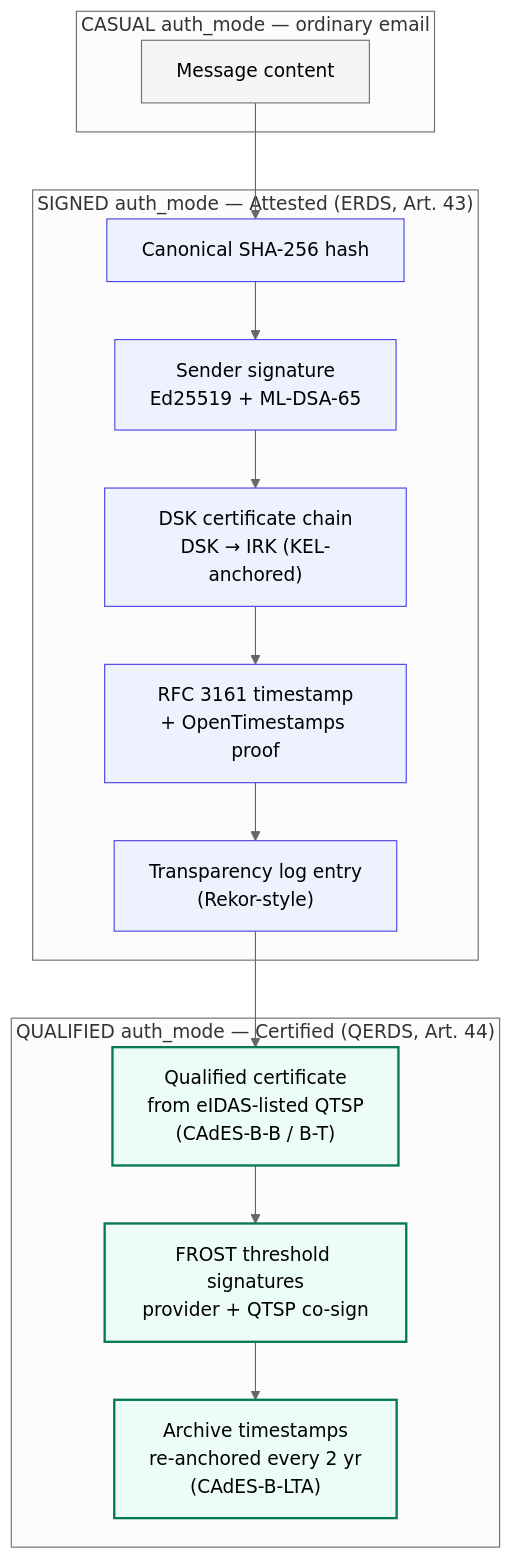
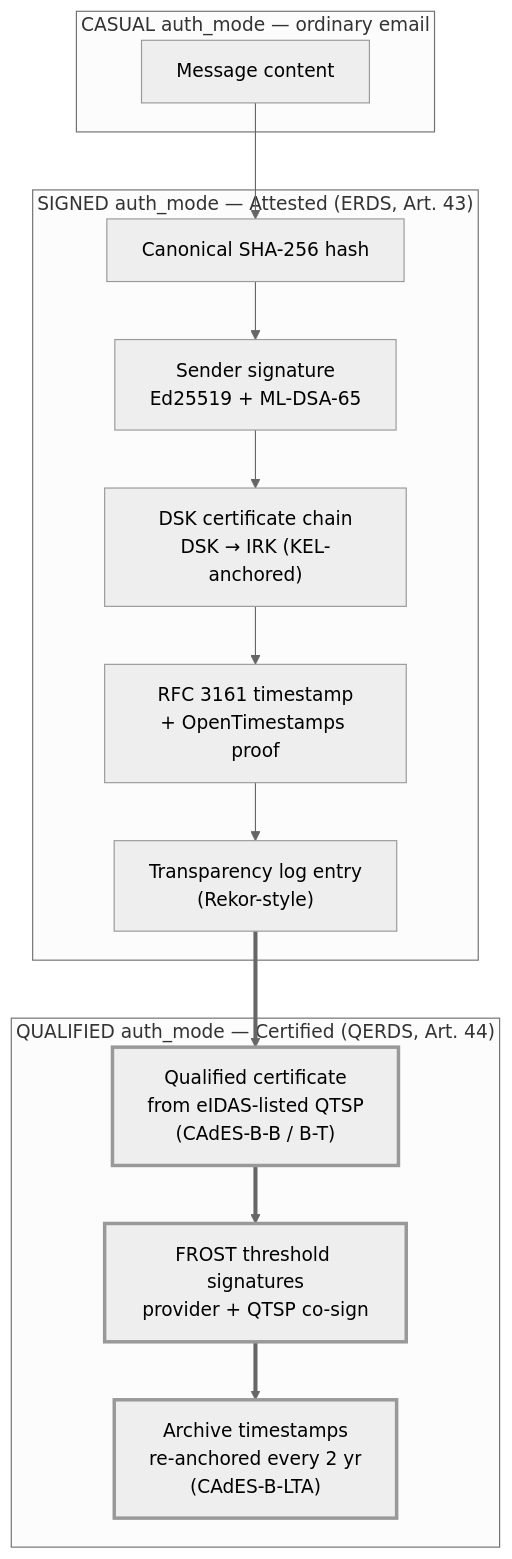
One commit to tamimbinhakim/marque changed the fourth of 5 diagrams in docs/architecture-overview.md. Above: the diagram before and after it, drawn with Mermaid (neutral theme). The commit also changed other lines of this file and 6 other files, not shown here.

````diff
--- a/docs/architecture-overview.md
+++ b/docs/architecture-overview.md
@@ -175,34 +161,30 @@
 ```mermaid
 flowchart TB
     subgraph CASUAL ["CASUAL auth_mode — ordinary email"]
         M[Message content]
     end
 
     subgraph SIGNED ["SIGNED auth_mode — Attested (ERDS, Art. 43)"]
         H["Canonical SHA-256 hash"]
         S1["Sender signature<br/>Ed25519 + ML-DSA-65"]
         CC["DSK certificate chain<br/>DSK → IRK (KEL-anchored)"]
         TSA["RFC 3161 timestamp<br/>+ OpenTimestamps proof"]
         TL["Transparency log entry<br/>(Rekor-style)"]
     end
 
     subgraph QUALIFIED ["QUALIFIED auth_mode — Certified (QERDS, Art. 44)"]
         QC["Qualified certificate<br/>from eIDAS-listed QTSP<br/>(CAdES-B-B / B-T)"]
         FR["FROST threshold signatures<br/>provider + QTSP co-sign"]
         AT["Archive timestamps<br/>re-anchored every 2 yr<br/>(CAdES-B-LTA)"]
     end
 
     M --> H --> S1 --> CC
     CC --> TSA
     TSA --> TL
-    TL --> QC
-    QC --> FR
-    FR --> AT
+    TL ==> QC
+    QC ==> FR
+    FR ==> AT
 
-    classDef casual fill:#f5f5f5,stroke:#737373;
-    classDef signed fill:#eef2ff,stroke:#4f46e5;
-    classDef qualified fill:#ecfdf5,stroke:#047857,stroke-width:2px;
-    class M casual
-    class H,S1,CC,TSA,TL signed
-    class QC,FR,AT qualified
+    classDef emphasized stroke-width:3px;
+    class QC,FR,AT emphasized
 ```
````
